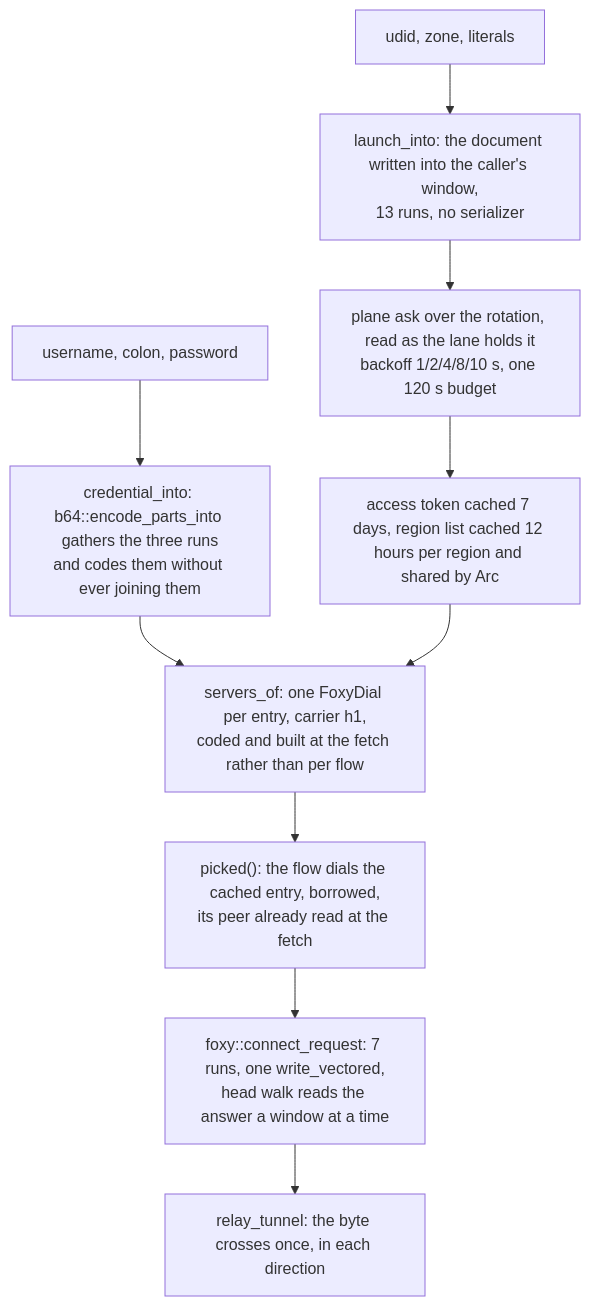
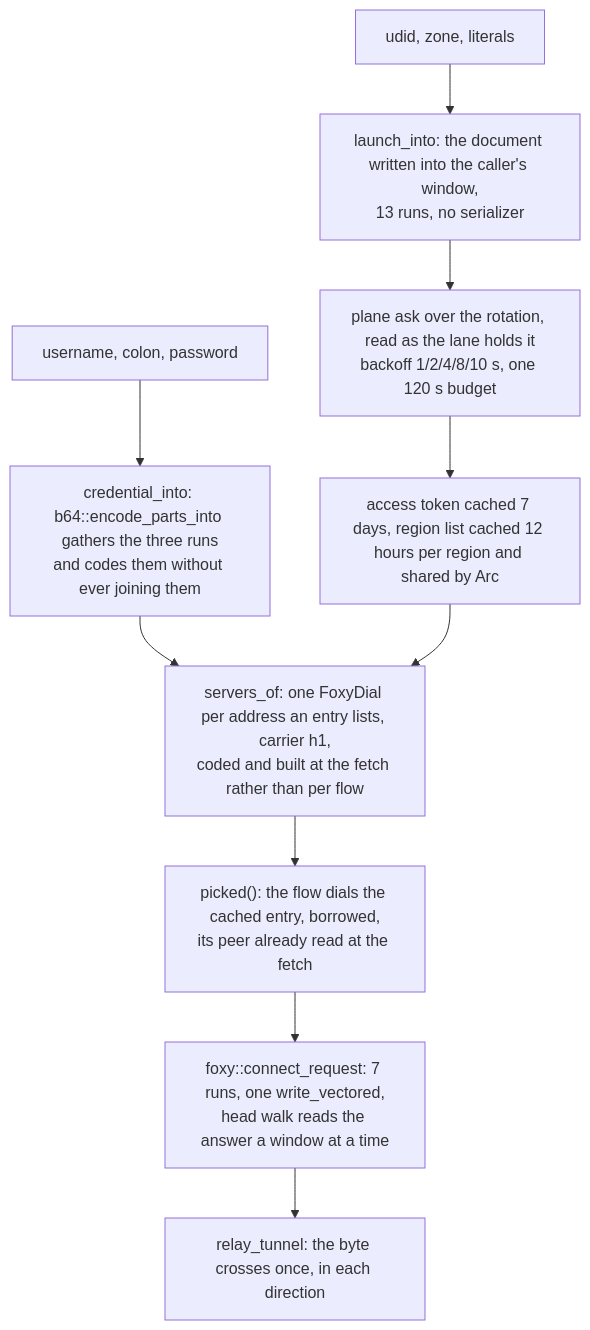
Before and after one commit to Ferrocite/ferrox: the diagram in docs/function/carrier-veepn.md, drawn with Mermaid. The commit also changed other lines of this file and 1 other file, not shown here.

Commit message:
veepn: every address an entry lists is an edge of its own

````diff
--- a/docs/function/carrier-veepn.md
+++ b/docs/function/carrier-veepn.md
@@ -7,12 +7,12 @@
 ```mermaid
 graph TD
     A["udid, zone, literals"] --> B["launch_into: the document written into the caller's window,<br/>13 runs, no serializer"]
     C["username, colon, password"] --> D["credential_into: b64::encode_parts_into gathers the three runs<br/>and codes them without ever joining them"]
     B --> E["plane ask over the rotation, read as the lane holds it<br/>backoff 1/2/4/8/10 s, one 120 s budget"]
     E --> F["access token cached 7 days, region list cached 12 hours per region and shared by Arc"]
-    D --> G["servers_of: one FoxyDial per entry, carrier h1,<br/>coded and built at the fetch rather than per flow"]
+    D --> G["servers_of: one FoxyDial per address an entry lists, carrier h1,<br/>coded and built at the fetch rather than per flow"]
     F --> G
     G --> P["picked(): the flow dials the cached entry, borrowed,<br/>its peer already read at the fetch"]
     P --> H["foxy::connect_request: 7 runs, one write_vectored,<br/>head walk reads the answer a window at a time"]
     H --> I["relay_tunnel: the byte crosses once, in each direction"]
 ```
````
